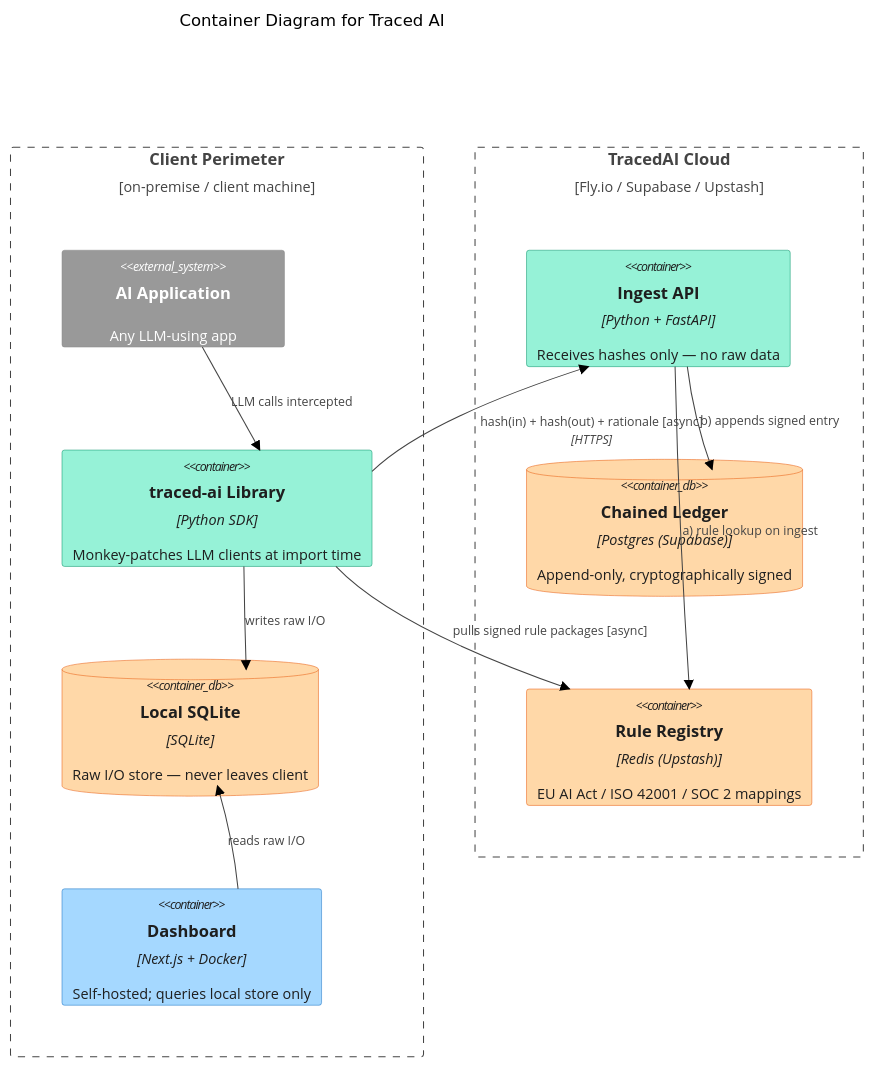
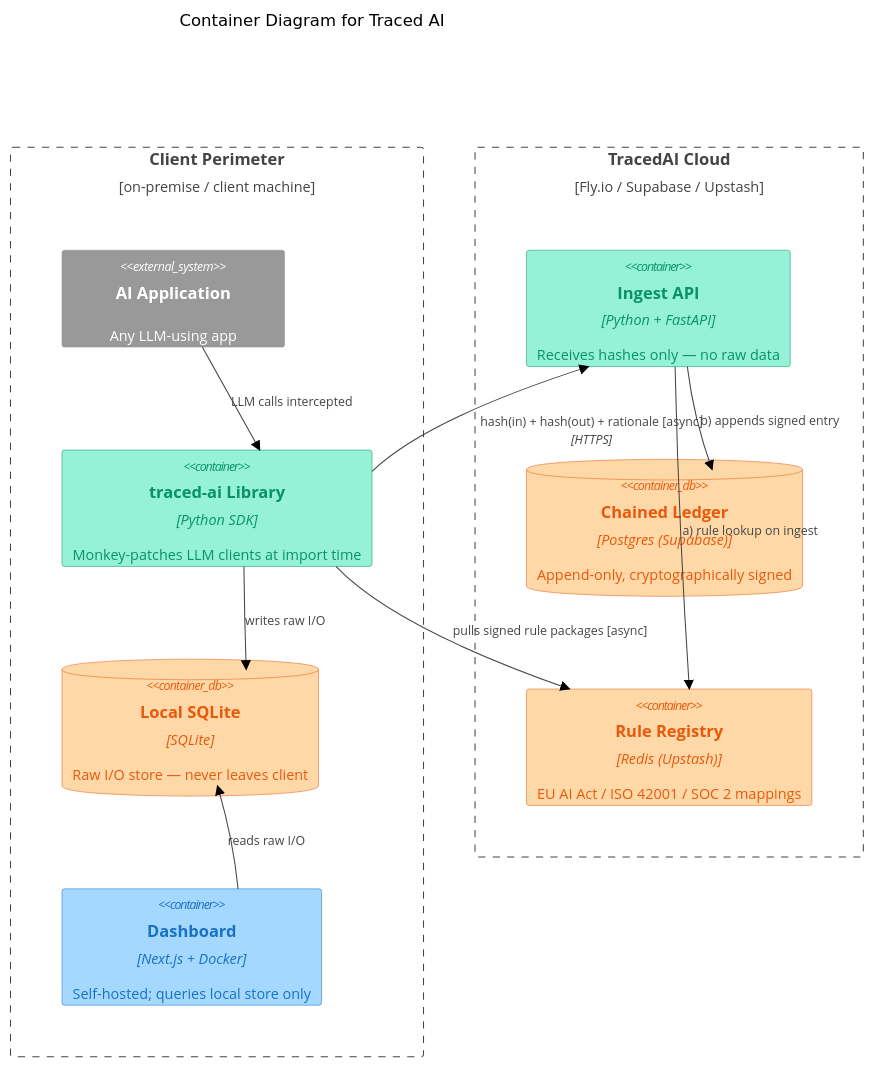
The diagram in src/diagrams/traced-ai.md (cmin764/portfolio), drawn with Mermaid (forest theme) before and after one commit. The commit also changed 14 other files, not shown here.

First line of the commit message:
Add Robocorp RPA + Sema4.ai Action Server diagrams (#3)

````diff
--- a/src/diagrams/traced-ai.md
+++ b/src/diagrams/traced-ai.md
@@ -10,34 +10,34 @@
 ```mermaid
 C4Container
   title Container Diagram for Traced AI
 
   Boundary(client, "Client Perimeter", "on-premise / client machine") {
     System_Ext(aiapp, "AI Application", "Any LLM-using app")
     Container(lib, "traced-ai Library", "Python SDK", "Monkey-patches LLM clients at import time")
     ContainerDb(sqlite, "Local SQLite", "SQLite", "Raw I/O store — never leaves client")
     Container(dash, "Dashboard", "Next.js + Docker", "Self-hosted; queries local store only")
   }
 
   Boundary(cloud, "TracedAI Cloud", "Fly.io / Supabase / Upstash") {
     Container(ingest, "Ingest API", "Python + FastAPI", "Receives hashes only — no raw data")
     ContainerDb(ledger, "Chained Ledger", "Postgres (Supabase)", "Append-only, cryptographically signed")
     Container(rules, "Rule Registry", "Redis (Upstash)", "EU AI Act / ISO 42001 / SOC 2 mappings")
   }
 
   Rel(aiapp, lib, "LLM calls intercepted")
   Rel(lib, sqlite, "writes raw I/O")
   Rel(lib, ingest, "hash(in) + hash(out) + rationale [async]", "HTTPS")
   Rel(ingest, rules, "a) rule lookup on ingest")
   Rel(ingest, ledger, "b) appends signed entry")
   Rel(lib, rules, "pulls signed rule packages [async]")
   Rel(dash, sqlite, "reads raw I/O")
 
   UpdateLayoutConfig($c4ShapeInRow="4", $c4BoundaryInRow="2")
 
-  UpdateElementStyle(lib, $fontColor="#1e1e1e", $bgColor="#96f2d7", $borderColor="#099268")
-  UpdateElementStyle(dash, $fontColor="#1e1e1e", $bgColor="#a5d8ff", $borderColor="#1971c2")
-  UpdateElementStyle(sqlite, $fontColor="#1e1e1e", $bgColor="#ffd8a8", $borderColor="#e8590c")
-  UpdateElementStyle(ingest, $fontColor="#1e1e1e", $bgColor="#96f2d7", $borderColor="#099268")
-  UpdateElementStyle(ledger, $fontColor="#1e1e1e", $bgColor="#ffd8a8", $borderColor="#e8590c")
-  UpdateElementStyle(rules, $fontColor="#1e1e1e", $bgColor="#ffd8a8", $borderColor="#e8590c")
+  UpdateElementStyle(lib, $fontColor="#099268", $bgColor="#96f2d7", $borderColor="#099268")
+  UpdateElementStyle(dash, $fontColor="#1971c2", $bgColor="#a5d8ff", $borderColor="#1971c2")
+  UpdateElementStyle(sqlite, $fontColor="#e8590c", $bgColor="#ffd8a8", $borderColor="#e8590c")
+  UpdateElementStyle(ingest, $fontColor="#099268", $bgColor="#96f2d7", $borderColor="#099268")
+  UpdateElementStyle(ledger, $fontColor="#e8590c", $bgColor="#ffd8a8", $borderColor="#e8590c")
+  UpdateElementStyle(rules, $fontColor="#e8590c", $bgColor="#ffd8a8", $borderColor="#e8590c")
 ```
````
